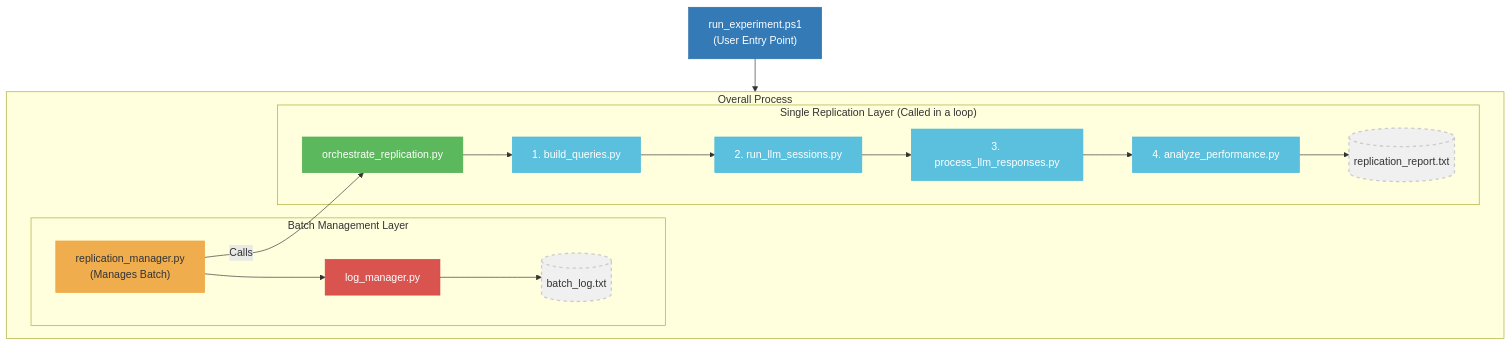
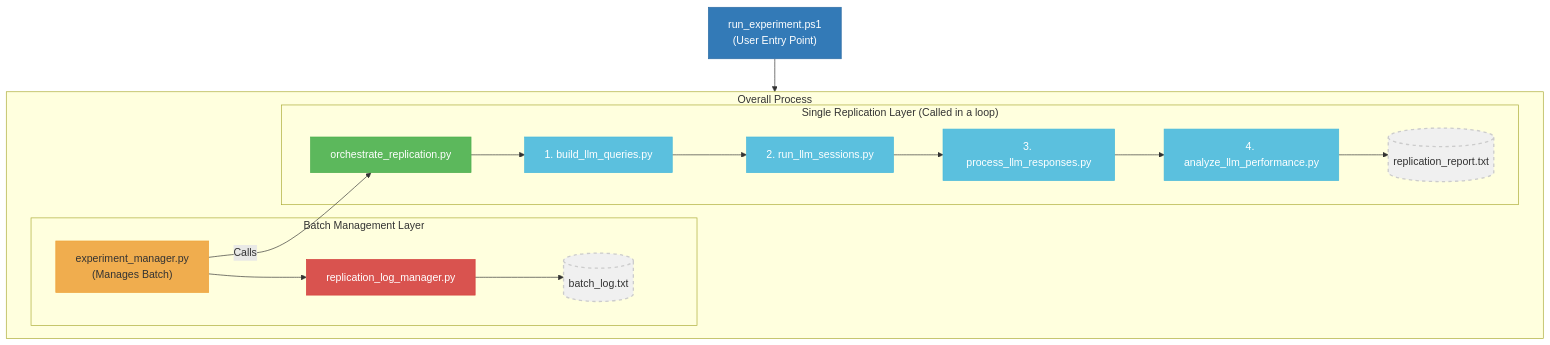
The diagram in docs/diagrams/architecture_workflow_1_run_experiment.mmd (peterjmarko/llm-narrative-framework), drawn with Mermaid before and after one commit. The commit also changed other lines of this file and 66 other files, not shown here.

```diff
--- a/docs/diagrams/architecture_workflow_1_run_experiment.mmd
+++ b/docs/diagrams/architecture_workflow_1_run_experiment.mmd
@@ -1,46 +1,46 @@
 graph TD
     %% 1. Define all nodes first
     EntryPoint["run_experiment.ps1<br/>(User Entry Point)"]:::entry
-    BatchManager["replication_manager.py<br/>(Manages Batch)"]:::layer_orange
-    LogManager["log_manager.py"]:::danger
+    BatchManager["experiment_manager.py<br/>(Manages Batch)"]:::layer_orange
+    LogManager["replication_log_manager.py"]:::danger
     BatchLog[("batch_log.txt")]:::artifact
     
     ReplicationOrchestrator["orchestrate_replication.py"]:::layer_green
-    BuildQueries["1. build_queries.py"]:::script
+    BuildQueries["1. build_llm_queries.py"]:::script
     RunSessions["2. run_llm_sessions.py"]:::script
     ProcessResponses["3. process_llm_responses.py"]:::script
-    AnalyzePerformance["4. analyze_performance.py"]:::script
+    AnalyzePerformance["4. analyze_llm_performance.py"]:::script
     ReplicationReport[("replication_report.txt")]:::artifact
 
     %% 2. Define connections
     EntryPoint --> BatchManager
     BatchManager -- "Calls" --> ReplicationOrchestrator
     BatchManager --> LogManager --> BatchLog
     ReplicationOrchestrator --> BuildQueries --> RunSessions --> ProcessResponses --> AnalyzePerformance --> ReplicationReport
 
     %% 3. Group nodes into subgraphs using their IDs
     subgraph "Overall Process"
         direction LR
         subgraph "Batch Management Layer"
             BatchManager
             LogManager
             BatchLog
         end
         
         subgraph "Single Replication Layer (Called in a loop)"
             ReplicationOrchestrator
             BuildQueries
             RunSessions
             ProcessResponses
             AnalyzePerformance
             ReplicationReport
         end
     end
 
     %% 4. Styling
     classDef entry fill:#337ab7,stroke:#2e6da4,color:#fff;
     classDef layer_orange fill:#f0ad4e,stroke:#eea236,color:#333;
     classDef layer_green fill:#5cb85c,stroke:#4cae4c,color:#fff;
     classDef script fill:#5bc0de,stroke:#46b8da,color:#fff;
     classDef danger fill:#d9534f,stroke:#d43f3a,color:#fff;
     classDef artifact fill:#f0f0f0,stroke:#ccc,stroke-width:2px,stroke-dasharray: 5 5;
```
